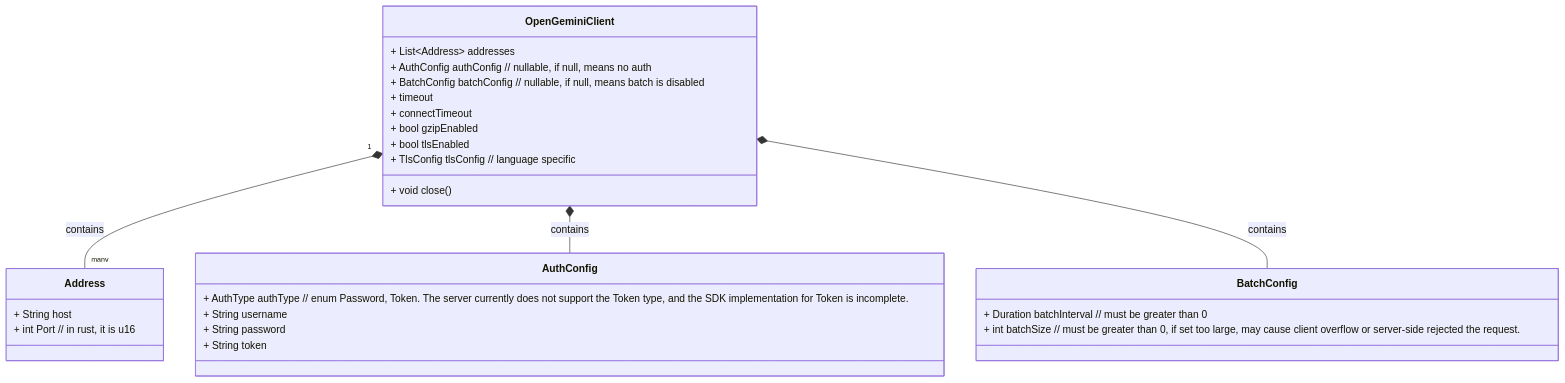
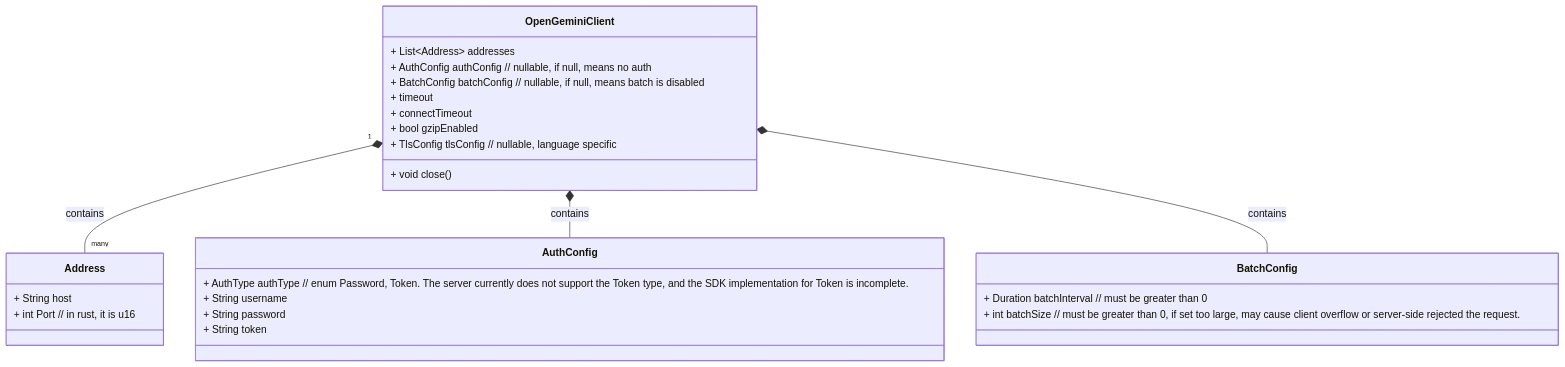
The first of 9 diagrams in src/guide/develop/client_design.md (openGemini/openGemini.github.io), drawn with Mermaid before and after one commit. The commit also changed 1 other file, not shown here.

Commit message:
docs: remove tlsEnabled from client config

````diff
--- a/src/guide/develop/client_design.md
+++ b/src/guide/develop/client_design.md
@@ -21,35 +21,34 @@
 ```mermaid
 classDiagram
     class OpenGeminiClient {
         + List~Address~ addresses
         + AuthConfig authConfig // nullable, if null, means no auth
         + BatchConfig batchConfig // nullable, if null, means batch is disabled
         + timeout
         + connectTimeout
         + bool gzipEnabled
-        + bool tlsEnabled
-        + TlsConfig tlsConfig // language specific
+        + TlsConfig tlsConfig // nullable, language specific
         + void close()
     }
 
     class Address {
         + String host
         + int Port // in rust, it is u16
     }
 
     class AuthConfig {
         + AuthType authType // enum Password, Token. The server currently does not support the Token type, and the SDK implementation for Token is incomplete.
         + String username
         + String password
         + String token
     }
 
     class BatchConfig {
         + Duration batchInterval // must be greater than 0
         + int batchSize // must be greater than 0, if set too large, may cause client overflow or server-side rejected the request.
     }
 
     OpenGeminiClient "1" *-- "many" Address: contains
     OpenGeminiClient *-- AuthConfig: contains
     OpenGeminiClient *-- BatchConfig: contains
 ```
````
